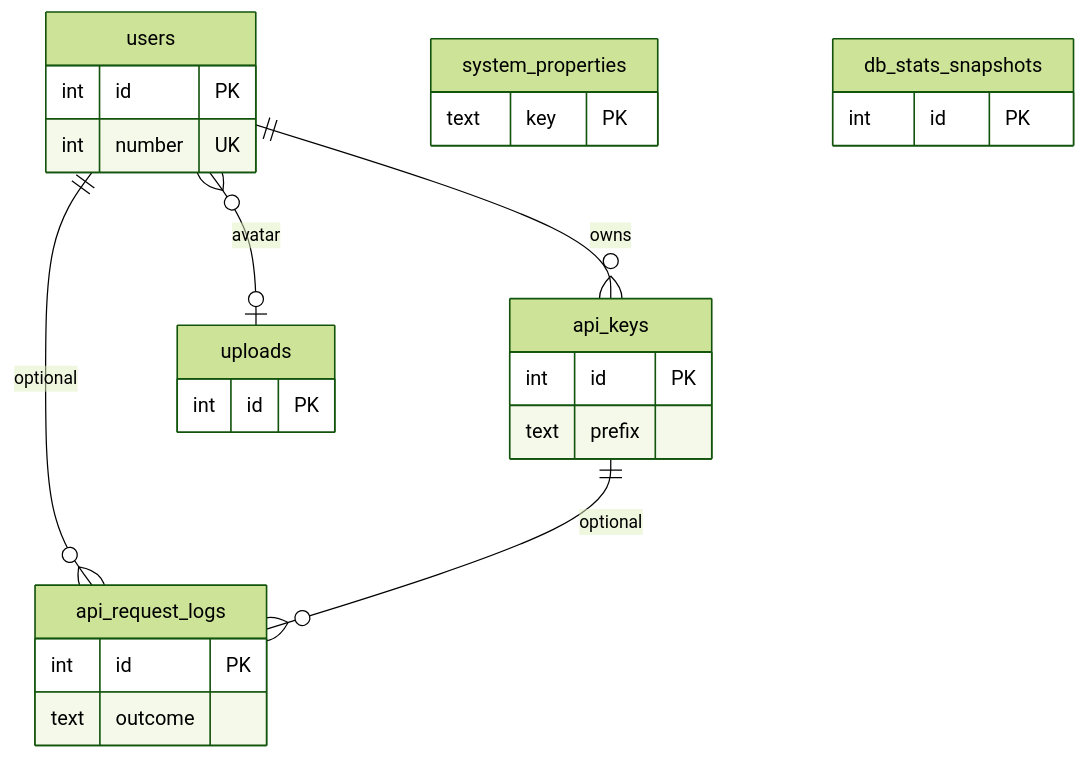
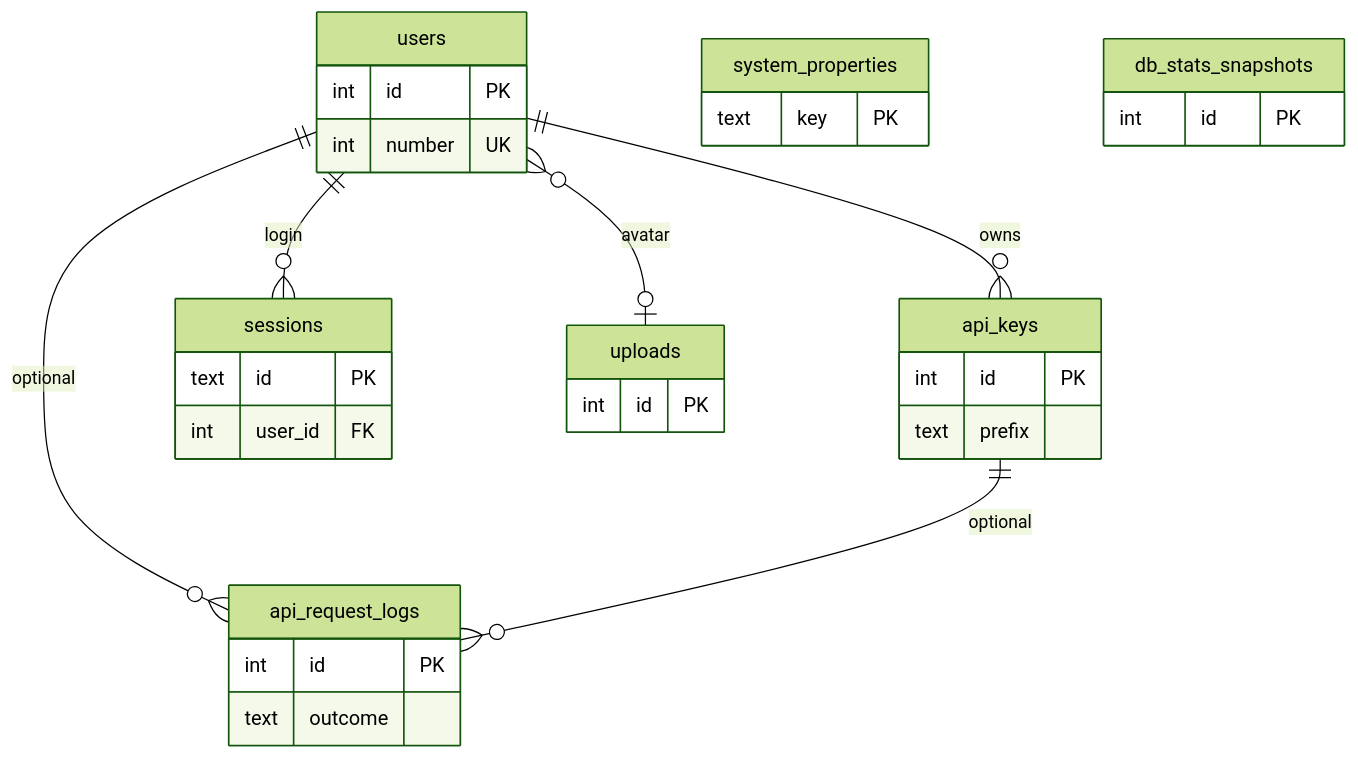
One commit to blackrook-io/taskmesh changed the diagram in docs/database/platform.md. Above: the diagram before and after it, drawn with Mermaid (forest theme). The commit also changed other lines of this file and 30 other files, not shown here.

First line of the commit message:
Add login screen, DB sessions, and SPA auth gate (T0096), shipped as 0.30.0.

````diff
--- a/docs/database/platform.md
+++ b/docs/database/platform.md
@@ -19,28 +20,33 @@
 ```mermaid
 erDiagram
   users ||--o{ api_keys : owns
+  users ||--o{ sessions : "login"
   users ||--o{ api_request_logs : "optional"
   api_keys ||--o{ api_request_logs : "optional"
   users }o--o| uploads : avatar
   users {
     int id PK
     int number UK
   }
   api_keys {
     int id PK
     text prefix
+  }
+  sessions {
+    text id PK
+    int user_id FK
   }
   system_properties {
     text key PK
   }
   api_request_logs {
     int id PK
     text outcome
   }
   db_stats_snapshots {
     int id PK
   }
   uploads {
     int id PK
   }
 ```
````
